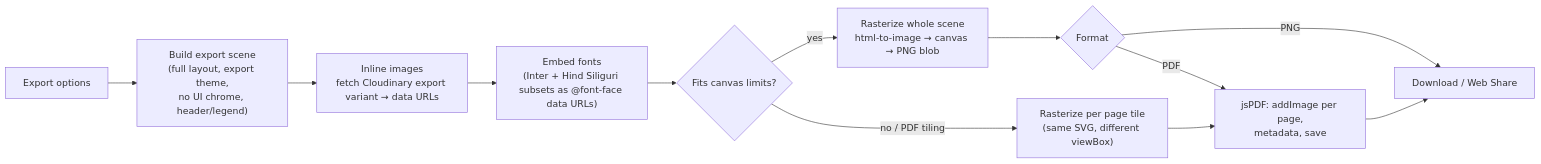
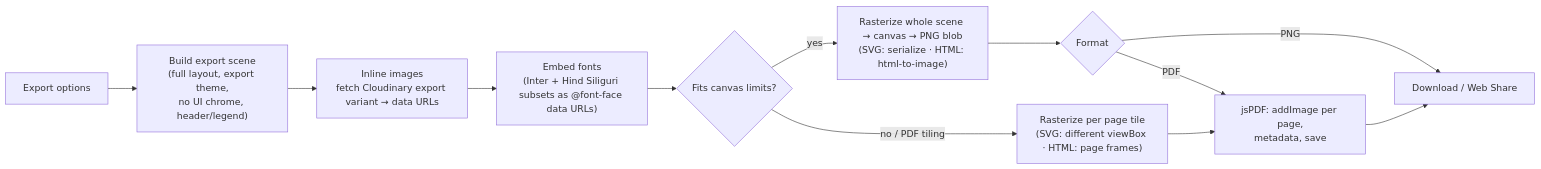
One commit to redwanhasan980/Family-Tree changed the sixth of 8 diagrams in docs/DESIGN.md. Above: the diagram before and after it, drawn with Mermaid. The commit also changed other lines of this file and 6 other files, not shown here.

First line of the commit message:
docs: add Family card, Generation album, Timeline and Family book

````diff
--- a/docs/DESIGN.md
+++ b/docs/DESIGN.md
@@ -1071,14 +1164,14 @@
 ```mermaid
 flowchart LR
     O[Export options] --> SC["Build export scene<br/>(full layout, export theme,<br/>no UI chrome, header/legend)"]
     SC --> IMG["Inline images<br/>fetch Cloudinary export variant → data URLs"]
     IMG --> FONT["Embed fonts<br/>(Inter + Hind Siliguri subsets as @font-face data URLs)"]
     FONT --> SZ{"Fits canvas limits?"}
-    SZ -- yes --> R1["Rasterize whole scene<br/>html-to-image → canvas → PNG blob"]
-    SZ -- "no / PDF tiling" --> R2["Rasterize per page tile<br/>(same SVG, different viewBox)"]
+    SZ -- yes --> R1["Rasterize whole scene → canvas → PNG blob<br/>(SVG: serialize · HTML: html-to-image)"]
+    SZ -- "no / PDF tiling" --> R2["Rasterize per page tile<br/>(SVG: different viewBox · HTML: page frames)"]
     R1 --> OUT{Format}
     R2 --> PDF
     OUT -- PNG --> SAVE["Download / Web Share"]
     OUT -- PDF --> PDF["jsPDF: addImage per page,<br/>metadata, save"]
     PDF --> SAVE
 ```
````
